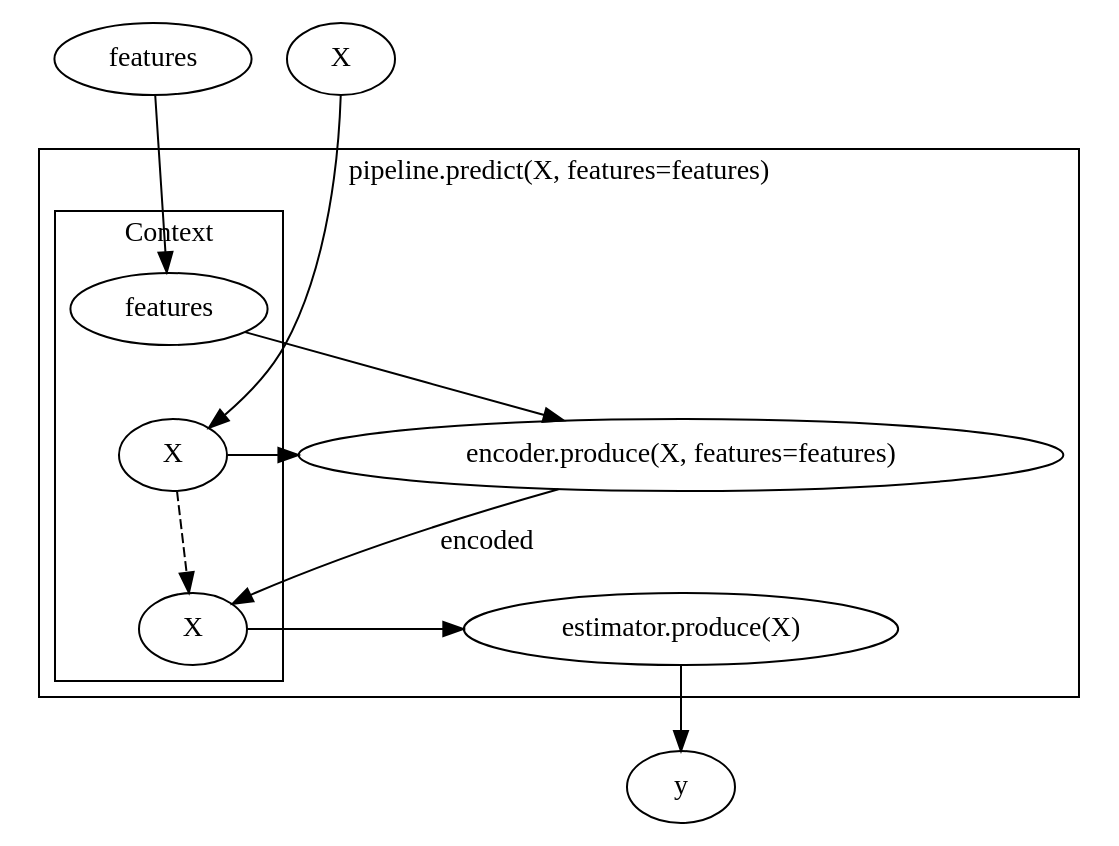
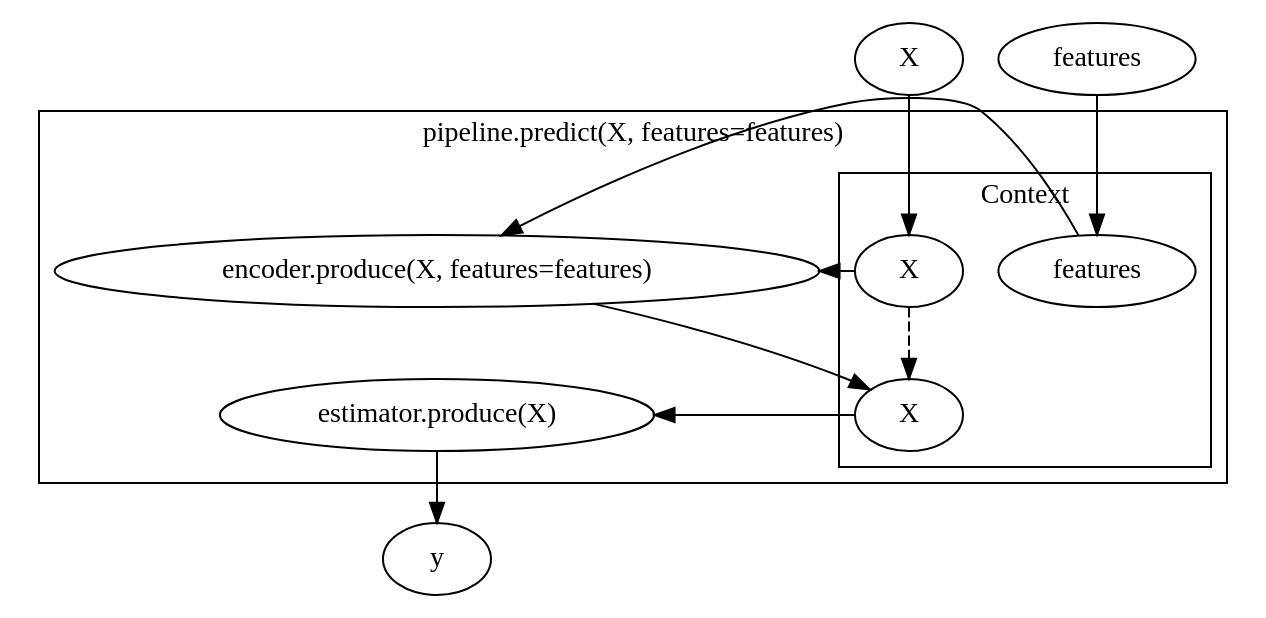
One commit to MLBazaar/MLBlocks changed the fourth of 5 diagrams in docs/advanced_usage/pipelines.rst. Above: the diagram before and after it, drawn with Graphviz. The commit also changed other lines of this file and 14 other files, not shown here.

```diff
--- a/docs/advanced_usage/pipelines.rst
+++ b/docs/advanced_usage/pipelines.rst
@@ -182,30 +182,32 @@
 .. graphviz::
 
     digraph G {
         subgraph cluster_0 {
             label = "pipeline.predict(X, features=features)";
 
             b1 [label="encoder.produce(X, features=features)"];
             b2 [label="estimator.produce(X)"];
 
             b1 -> b2 [style=invis];
 
             subgraph cluster_1 {
-                X1 [label=X];
-                f1 [label=features];
-                X2 [label=X];
+                {rank=same X1 f1}
+                X1 [label=X group=c];
+                f1 [label=features group=c];
+                X2 [label=X group=c];
                 f1 -> X1 [style=invis];
                 X1 -> X2 [style=dashed];
                 label = "Context";
             }
 
         }
 
         {rank=same X features}
         features -> f1;
         X -> X1;
-        {X1 f1} -> b1 [constraint=false];
-        b1 -> X2 [label=encoded];
+        X1 -> b1 [constraint=false];
+        f1 -> b1 [constraint=false];
+        b1 -> X2;
         X2 -> b2 [constraint=false]
         b2 -> y
     }
```
